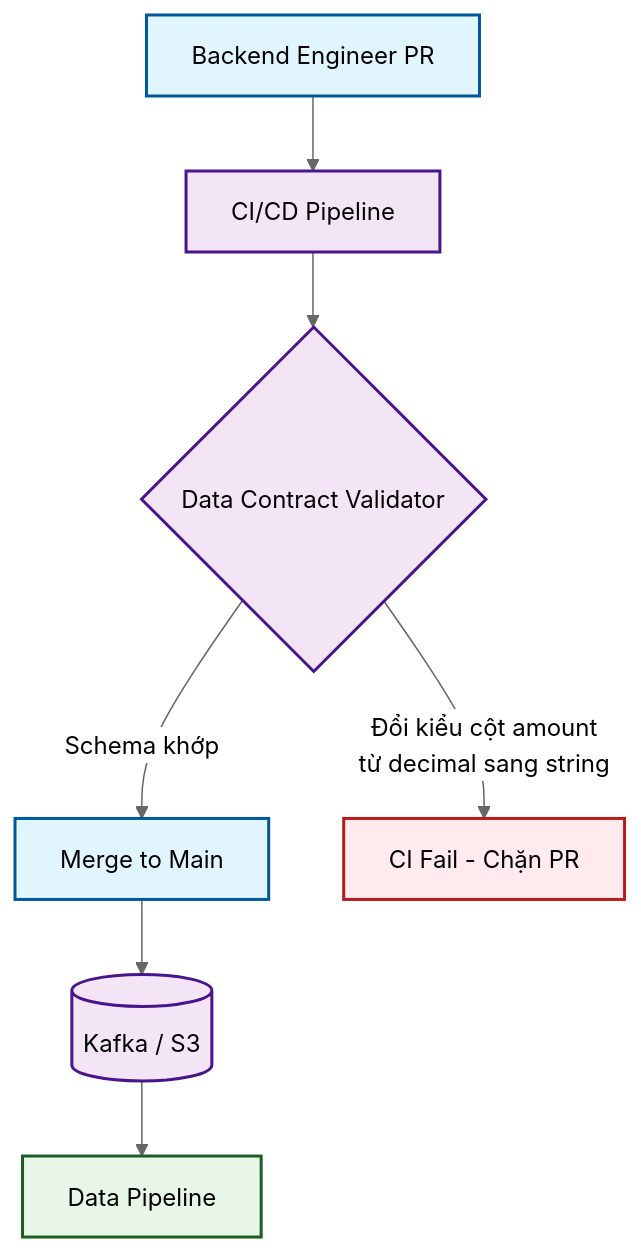
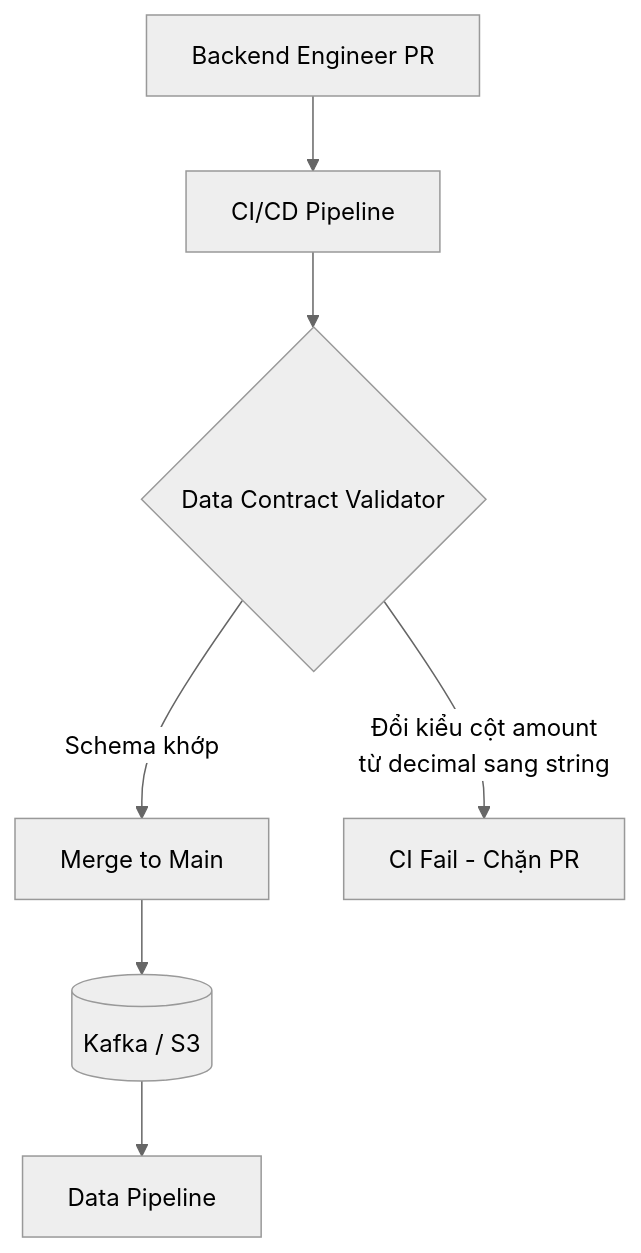
One commit to kythuatdulieu/kythuatdulieu.github.io changed the first of 2 diagrams in src/content/docs/concepts/8-security-governance-finops/data-governance.md. Above: the diagram before and after it, drawn with Mermaid (neutral theme). The commit also changed 686 other files, not shown here.

````diff
--- a/src/content/docs/concepts/8-security-governance-finops/data-governance.md
+++ b/src/content/docs/concepts/8-security-governance-finops/data-governance.md
@@ -58,16 +58,15 @@
 ```mermaid
 graph TD
-    classDef producer fill:#e1f5fe,stroke:#01579b,stroke-width:2px;
-    classDef infra fill:#f3e5f5,stroke:#4a148c,stroke-width:2px;
-    classDef consumer fill:#e8f5e9,stroke:#1b5e20,stroke-width:2px;
-    classDef danger fill:#ffebee,stroke:#b71c1c,stroke-width:2px;
+
+
+
 
     BE[Backend Engineer PR]:::producer --> CI[CI/CD Pipeline]:::infra
     CI --> Validator{Data Contract Validator}:::infra
     
     Validator -- "Schema khớp" --> Merge[Merge to Main]:::producer
     Merge --> Kafka[(Kafka / S3)]:::infra
     Kafka --> DE[Data Pipeline]:::consumer
     
     Validator -- "Đổi kiểu cột amount\ntừ decimal sang string" --> Fail[CI Fail - Chặn PR]:::danger
 ```
````
